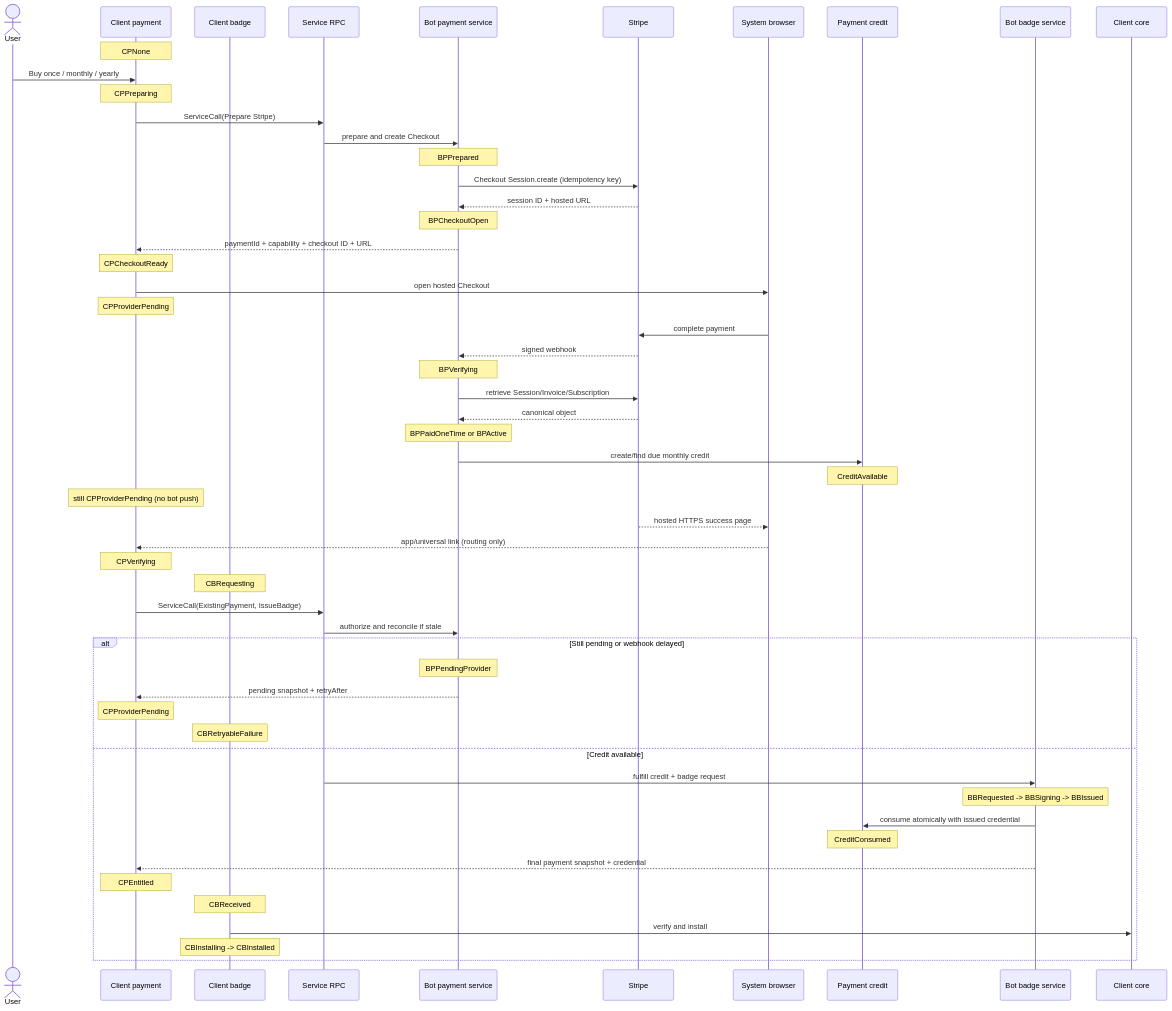
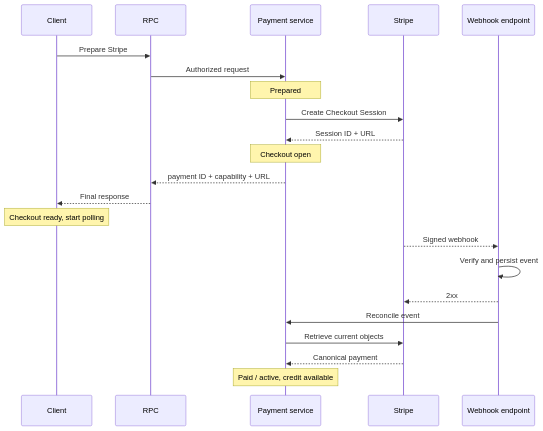
Before and after one commit to simplex-chat/simplex-chat: the fifth of 6 diagrams in plans/2026-07-20-supporter-badges-v2-implementation.md, drawn with Mermaid. The commit also changed other lines of this file and 1 other file, not shown here.

Commit message:
docs: streamline badge lifecycle plans

````diff
--- a/plans/2026-07-20-supporter-badges-v2-implementation.md
+++ b/plans/2026-07-20-supporter-badges-v2-implementation.md
@@ -372,58 +302,24 @@
 ```mermaid
 sequenceDiagram
-  actor U as User
-  participant CP as Client payment
-  participant CB as Client badge
-  participant RPC as Service RPC
-  participant BP as Bot payment service
+  participant C as Client
+  participant RPC as RPC
+  participant P as Payment service
   participant S as Stripe
-  participant W as System browser
-  participant CR as Payment credit
-  participant BB as Bot badge service
-  participant Core as Client core
-
-  Note over CP: CPNone
-  U->>CP: Buy once / monthly / yearly
-  Note over CP: CPPreparing
-  CP->>RPC: ServiceCall(Prepare Stripe)
-  RPC->>BP: prepare and create Checkout
-  Note over BP: BPPrepared
-  BP->>S: Checkout Session.create (idempotency key)
-  S-->>BP: session ID + hosted URL
-  Note over BP: BPCheckoutOpen
-  BP-->>CP: paymentId + capability + checkout ID + URL
-  Note over CP: CPCheckoutReady
-  CP->>W: open hosted Checkout
-  Note over CP: CPProviderPending
-  W->>S: complete payment
-  S-->>BP: signed webhook
-  Note over BP: BPVerifying
-  BP->>S: retrieve Session/Invoice/Subscription
-  S-->>BP: canonical object
-  Note over BP: BPPaidOneTime or BPActive
-  BP->>CR: create/find due monthly credit
-  Note over CR: CreditAvailable
-  Note over CP: still CPProviderPending (no bot push)
-  S-->>W: hosted HTTPS success page
-  W-->>CP: app/universal link (routing only)
-  Note over CP: CPVerifying
-  Note over CB: CBRequesting
-  CP->>RPC: ServiceCall(ExistingPayment, IssueBadge)
-  RPC->>BP: authorize and reconcile if stale
-  alt Still pending or webhook delayed
-    Note over BP: BPPendingProvider
-    BP-->>CP: pending snapshot + retryAfter
-    Note over CP: CPProviderPending
-    Note over CB: CBRetryableFailure
-  else Credit available
-    RPC->>BB: fulfill credit + badge request
-    Note over BB: BBRequested -> BBSigning -> BBIssued
-    BB->>CR: consume atomically with issued credential
-    Note over CR: CreditConsumed
-    BB-->>CP: final payment snapshot + credential
-    Note over CP: CPEntitled
-    Note over CB: CBReceived
-    CB->>Core: verify and install
-    Note over CB: CBInstalling -> CBInstalled
-  end
+  participant W as Webhook endpoint
+  C->>RPC: Prepare Stripe
+  RPC->>P: Authorized request
+  Note over P: Prepared
+  P->>S: Create Checkout Session
+  S-->>P: Session ID + URL
+  Note over P: Checkout open
+  P-->>RPC: payment ID + capability + URL
+  RPC-->>C: Final response
+  Note over C: Checkout ready, start polling
+  S-->>W: Signed webhook
+  W->>W: Verify and persist event
+  W-->>S: 2xx
+  W->>P: Reconcile event
+  P->>S: Retrieve current objects
+  S-->>P: Canonical payment
+  Note over P: Paid / active, credit available
 ```
````
